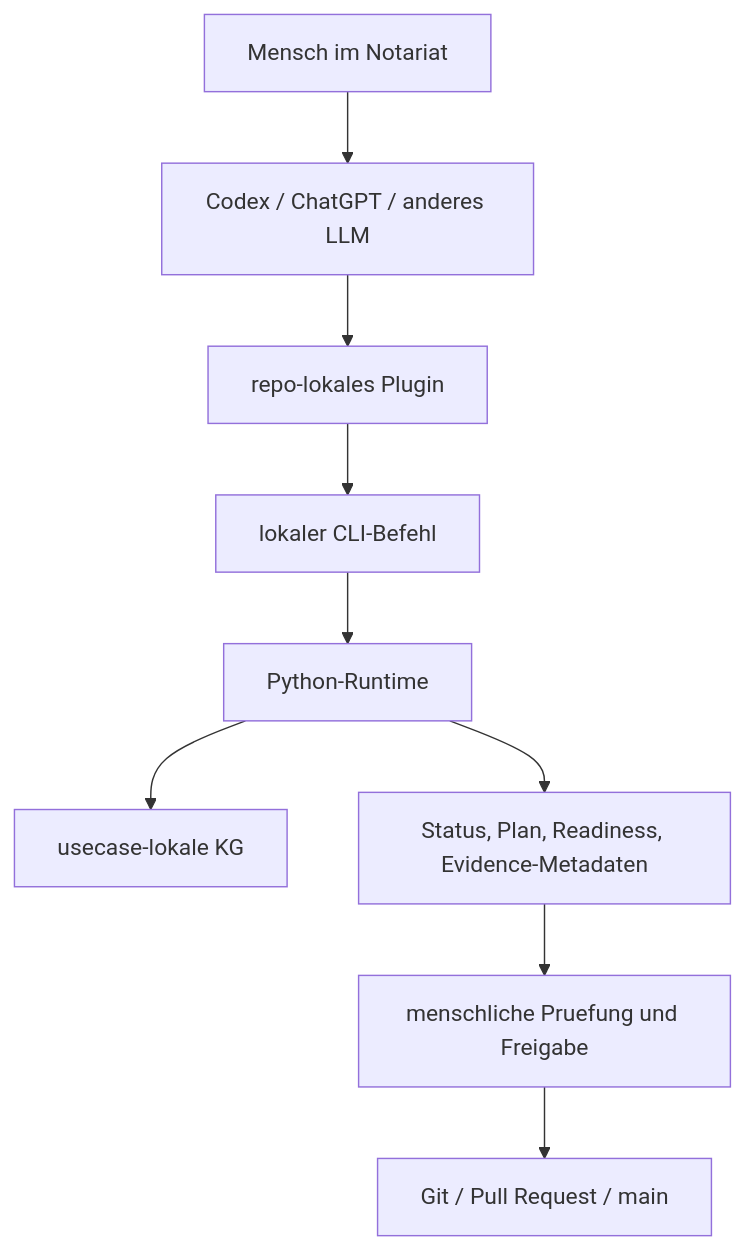
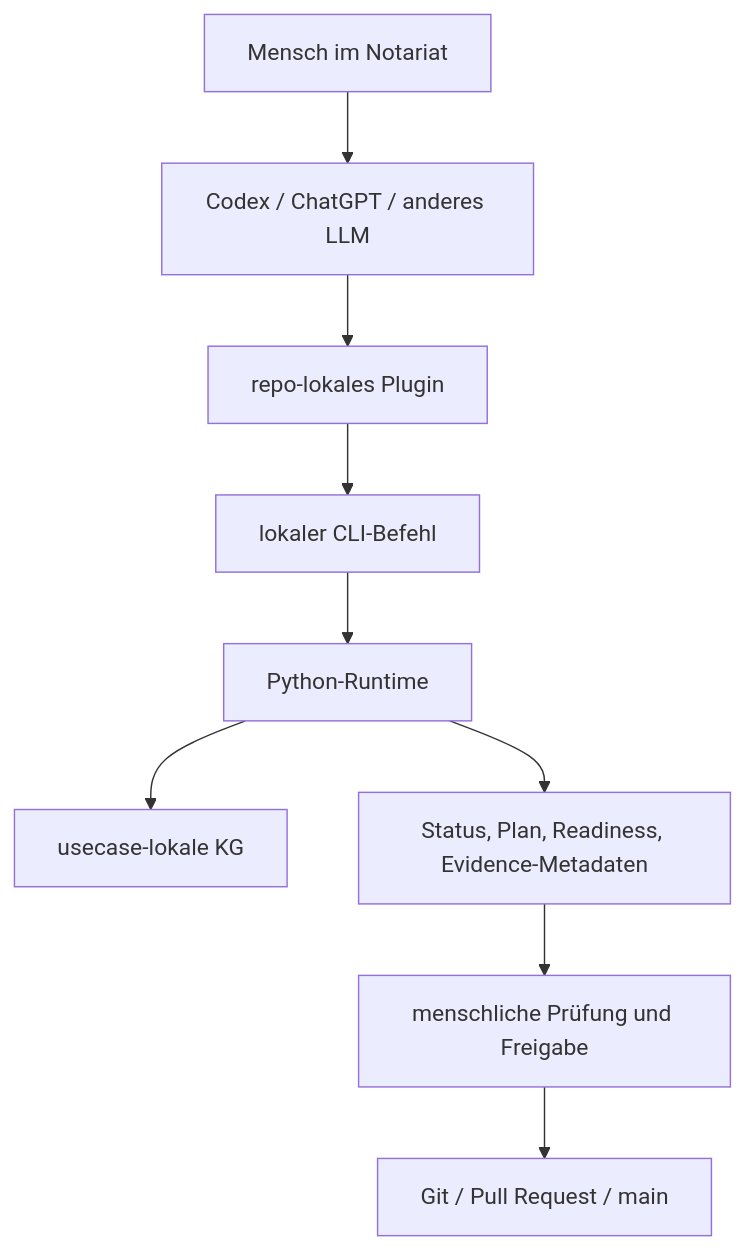
Before and after one commit to notariat8/NaC: the diagram in docs/de/ausfuehrungsmodell.md, drawn with Mermaid. The commit also changed other lines of this file and 231 other files, not shown here.

````diff
--- a/docs/de/ausfuehrungsmodell.md
+++ b/docs/de/ausfuehrungsmodell.md
@@ -25,11 +25,11 @@
 ```mermaid
 flowchart TD
     Human["Mensch im Notariat"] --> LLM["Codex / ChatGPT / anderes LLM"]
     LLM --> Plugin["repo-lokales Plugin"]
     Plugin --> CLI["lokaler CLI-Befehl"]
     CLI --> Runtime["Python-Runtime"]
     Runtime --> KG["usecase-lokale KG"]
     Runtime --> Result["Status, Plan, Readiness, Evidence-Metadaten"]
-    Result --> Review["menschliche Pruefung und Freigabe"]
+    Result --> Review["menschliche Prüfung und Freigabe"]
     Review --> Git["Git / Pull Request / main"]
 ```
````
